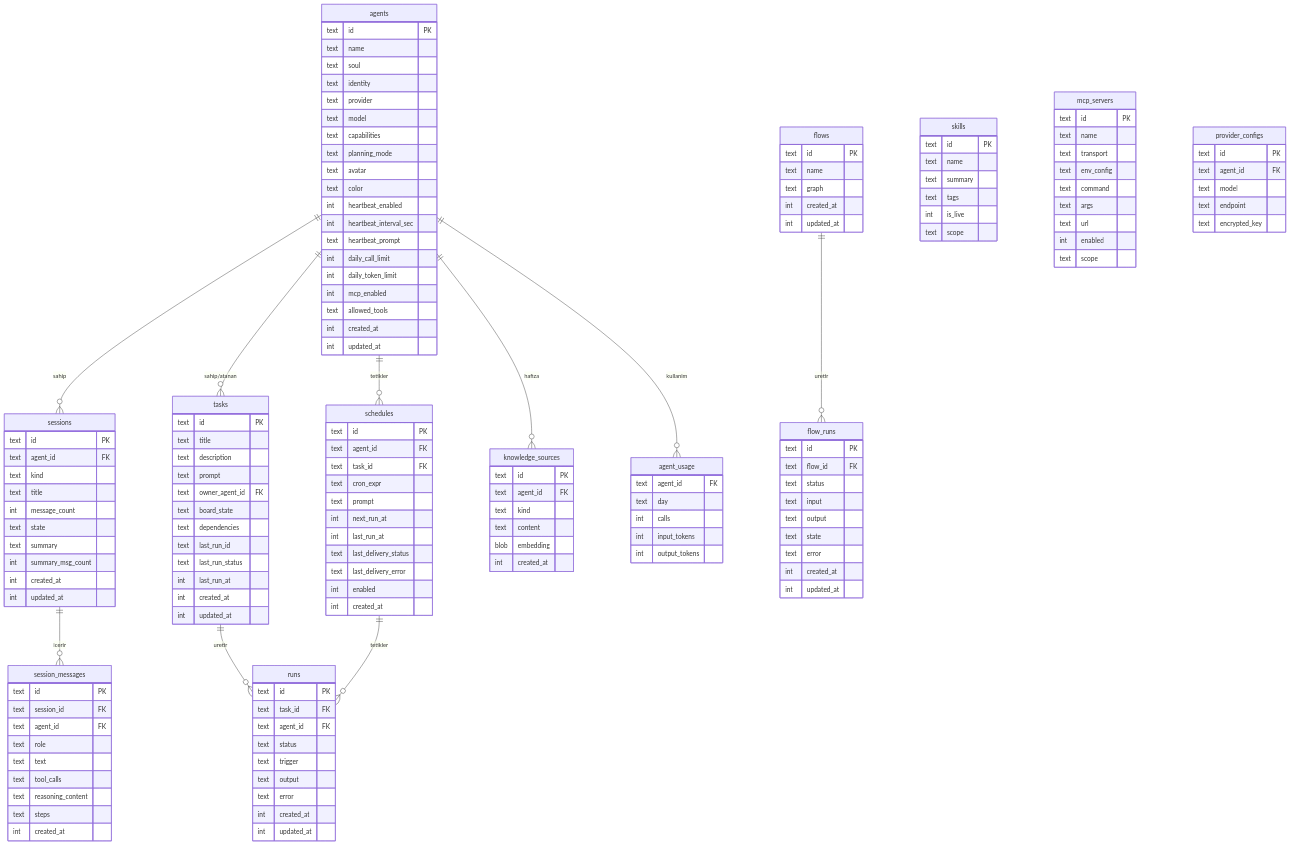
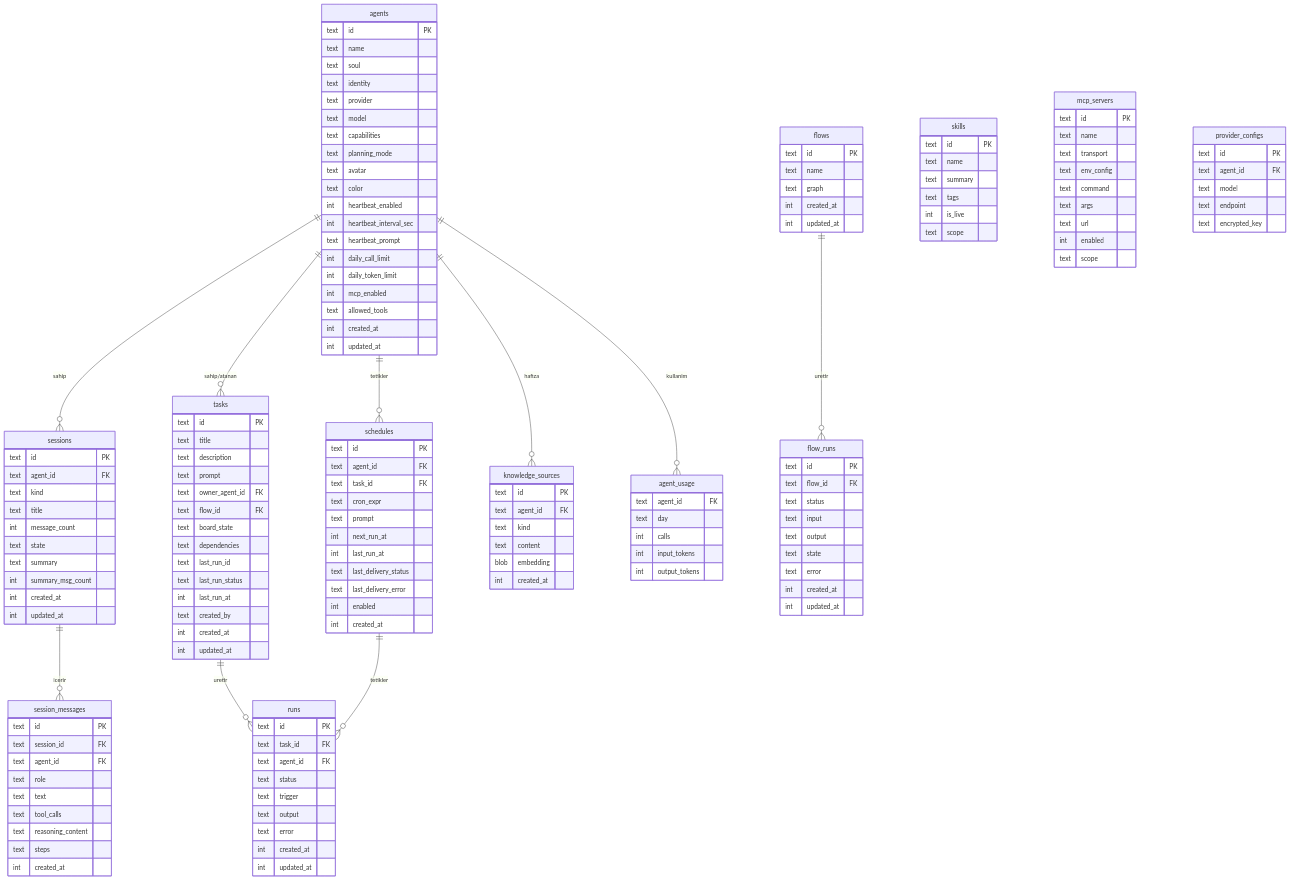
One commit to bilal-arikan/tionharness changed the diagram in _Docs/02-VERI-MODELI.md. Above: the diagram before and after it, drawn with Mermaid. The commit also changed other lines of this file and 19 other files, not shown here.

```diff
--- a/_Docs/02-VERI-MODELI.md
+++ b/_Docs/02-VERI-MODELI.md
@@ -78,11 +78,13 @@
         text description
         text prompt
         text owner_agent_id FK
+        text flow_id FK
         text board_state
         text dependencies
         text last_run_id
         text last_run_status
         int  last_run_at
+        text created_by
         int  created_at
         int  updated_at
     }
```
